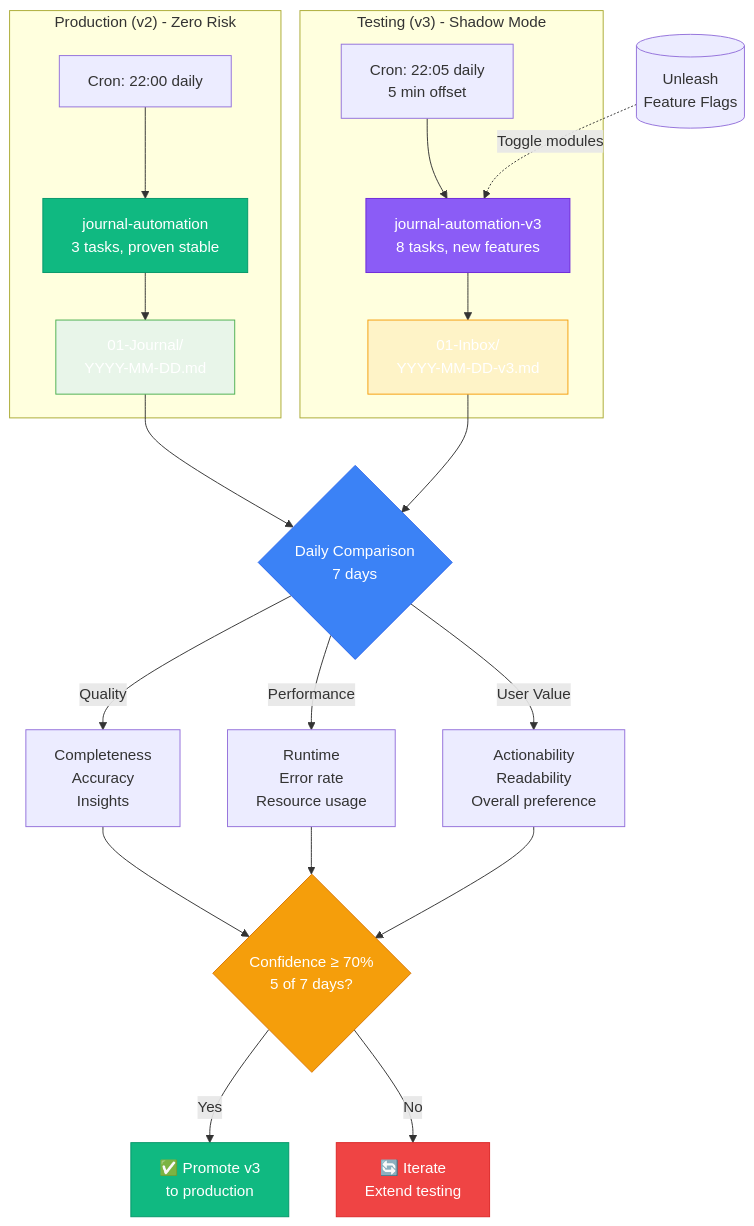
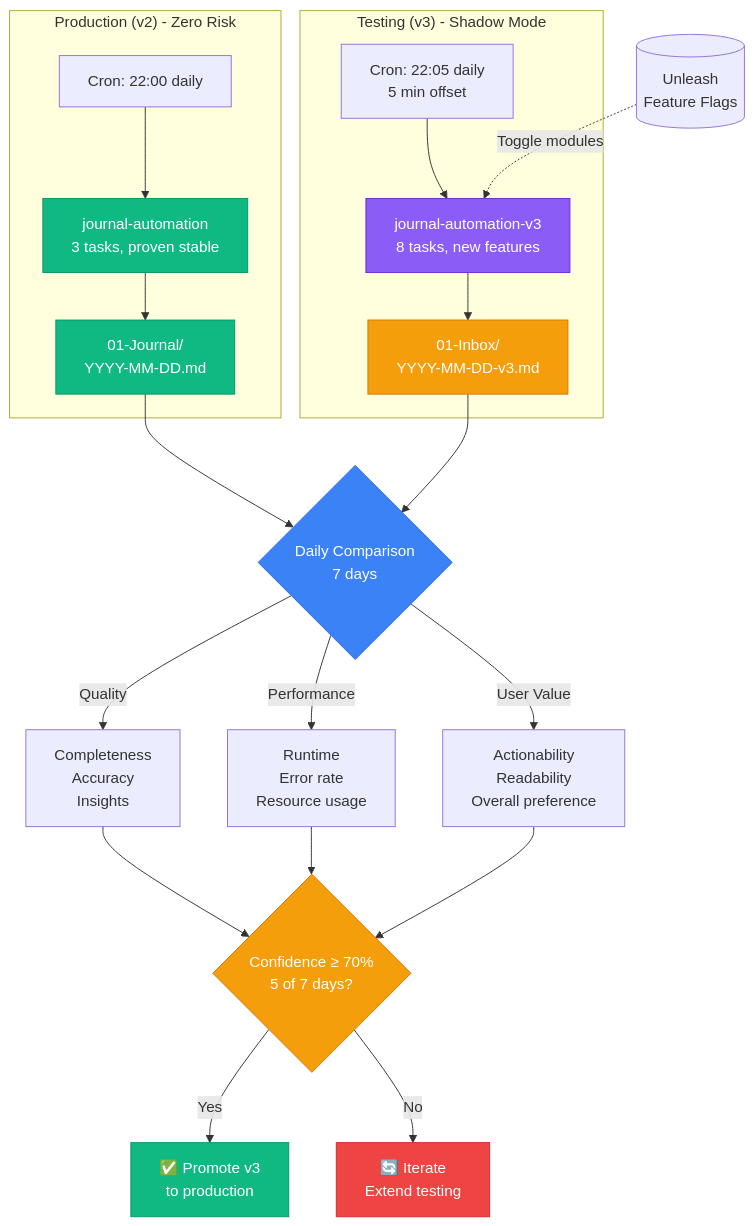
Before and after one commit to rduffyuk/blog-astro: the fifth of 5 diagrams in src/data/blog/season-2-episode-4-three-systems-parallel-testing.md, drawn with Mermaid.

Commit message:
Fix Parallel Testing Framework diagram output box colors for dark mode
The V2Output and V3Output boxes had light pastel fills that were
unreadable in dark mode:

Changed:
- V2Output: Light green (#e8f5e9) → Bold green (#10b981)
- V3Output: Light yellow (#fef3c7) → Bold amber (#f59e0b)

Now matches the bold color scheme used throughout the article and
provides excellent contrast with white text in both light and dark modes.

Build verified: Successful.

🤖 Generated with [Claude Code](https://claude.com/claude-code)

````diff
--- a/src/data/blog/season-2-episode-4-three-systems-parallel-testing.md
+++ b/src/data/blog/season-2-episode-4-three-systems-parallel-testing.md
@@ -631,46 +631,46 @@
 ```mermaid
 graph TB
     subgraph Production["Production (v2) - Zero Risk"]
         V2Cron[Cron: 22:00 daily]
         V2Flow[journal-automation<br/>3 tasks, proven stable]
         V2Output[01-Journal/<br/>YYYY-MM-DD.md]
 
         V2Cron --> V2Flow --> V2Output
 
         style V2Flow fill:#10b981,stroke:#059669,color:#fff
-        style V2Output fill:#e8f5e9,stroke:#4caf50,color:#fff
+        style V2Output fill:#10b981,stroke:#059669,color:#fff
     end
 
     subgraph Testing["Testing (v3) - Shadow Mode"]
         V3Cron[Cron: 22:05 daily<br/>5 min offset]
         V3Flow[journal-automation-v3<br/>8 tasks, new features]
         V3Output[01-Inbox/<br/>YYYY-MM-DD-v3.md]
 
         V3Cron --> V3Flow --> V3Output
 
         style V3Flow fill:#8b5cf6,stroke:#6d28d9,color:#fff
-        style V3Output fill:#fef3c7,stroke:#f59e0b,color:#fff
+        style V3Output fill:#f59e0b,stroke:#d97706,color:#fff
     end
 
     Compare{Daily Comparison<br/>7 days}
     V2Output --> Compare
     V3Output --> Compare
 
     Compare -->|Quality| Score1[Completeness<br/>Accuracy<br/>Insights]
     Compare -->|Performance| Score2[Runtime<br/>Error rate<br/>Resource usage]
     Compare -->|User Value| Score3[Actionability<br/>Readability<br/>Overall preference]
 
     Score1 --> Decision{Confidence ≥ 70%<br/>5 of 7 days?}
     Score2 --> Decision
     Score3 --> Decision
 
     Decision -->|Yes| Promote[✅ Promote v3<br/>to production]
     Decision -->|No| Iterate[🔄 Iterate<br/>Extend testing]
 
     Unleash[(Unleash<br/>Feature Flags)] -.->|Toggle modules| V3Flow
 
     style Compare fill:#3b82f6,stroke:#2563eb,color:#fff
     style Decision fill:#f59e0b,stroke:#d97706,color:#fff
     style Promote fill:#10b981,stroke:#059669,color:#fff
     style Iterate fill:#ef4444,stroke:#dc2626,color:#fff
 ```
````
